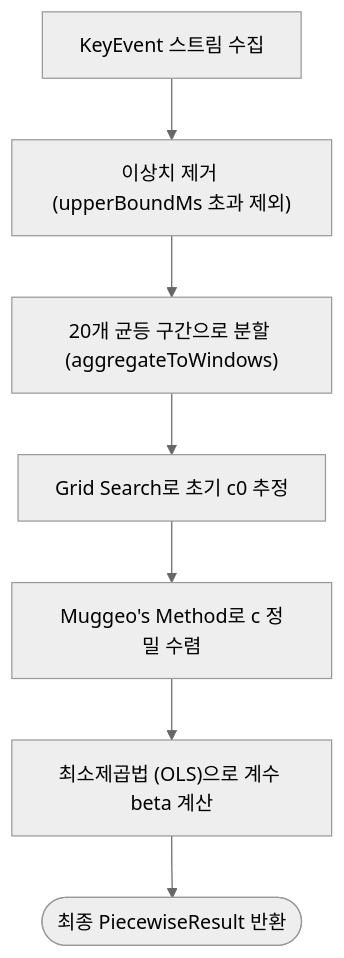
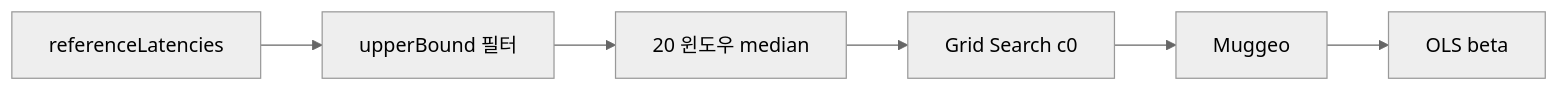
One commit to JSkutor/typediag changed the second of 2 diagrams in docs/DIAGNOSTICS.md. Above: the diagram before and after it, drawn with Mermaid (neutral theme). The commit also changed other lines of this file and 12 other files, not shown here.

````diff
--- a/docs/DIAGNOSTICS.md
+++ b/docs/DIAGNOSTICS.md
@@ -51,10 +114,9 @@
 ```mermaid
-flowchart TD
-    Init["KeyEvent 스트림 수집"]
-    --> Filter["이상치 제거 (upperBoundMs 초과 제외)"]
-    --> Window["20개 균등 구간으로 분할 (aggregateToWindows)"]
-    --> Grid["Grid Search로 초기 c0 추정"]
-    --> Muggeo["Muggeo's Method로 c 정밀 수렴"]
-    --> OLS["최소제곱법 (OLS)으로 계수 beta 계산"]
-    --> Result(["최종 PiecewiseResult 반환"])
+flowchart LR
+    Lat["referenceLatencies"]
+    Lat --> Filter["upperBound 필터"]
+    Filter --> Win["20 윈도우 median"]
+    Win --> Grid["Grid Search c0"]
+    Grid --> Muggeo["Muggeo"]
+    Muggeo --> OLS["OLS beta"]
 ```
````
